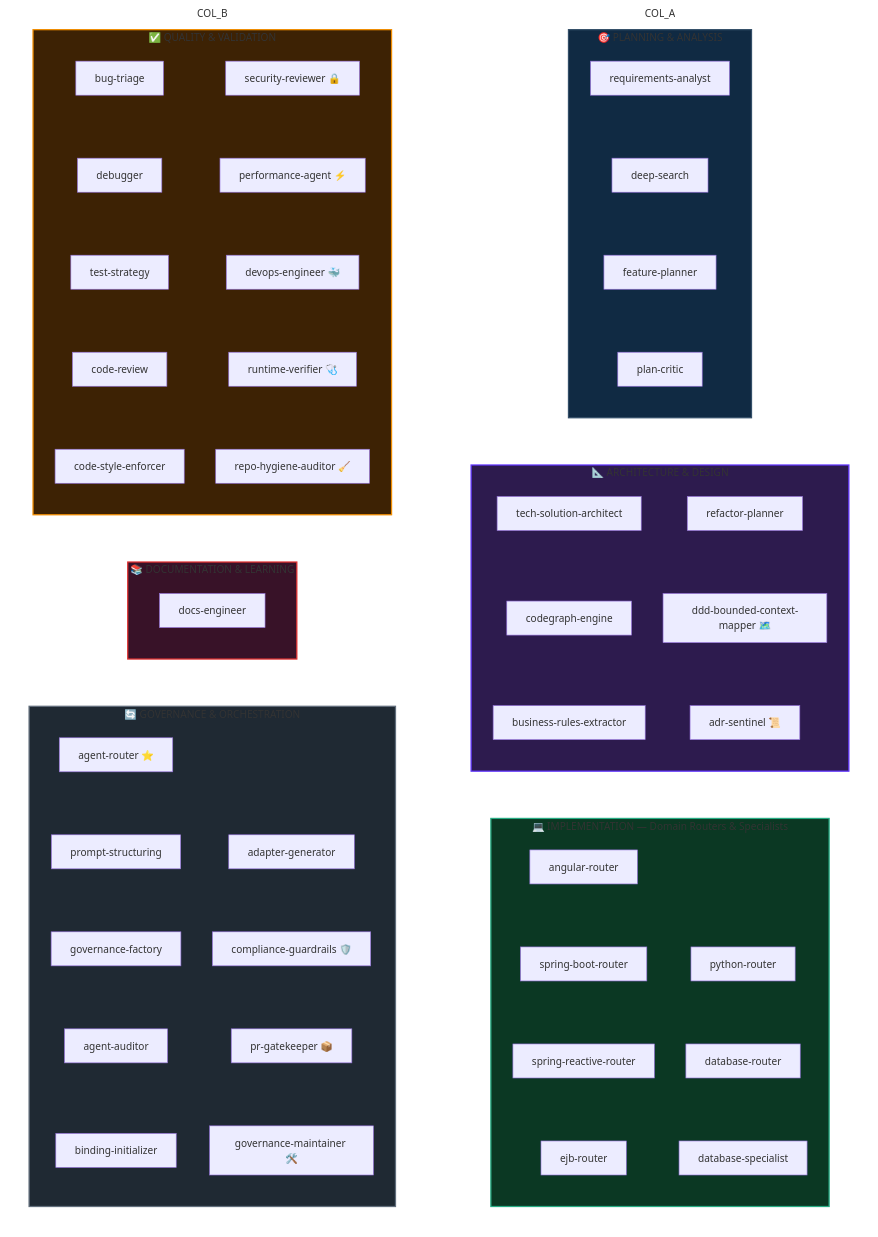
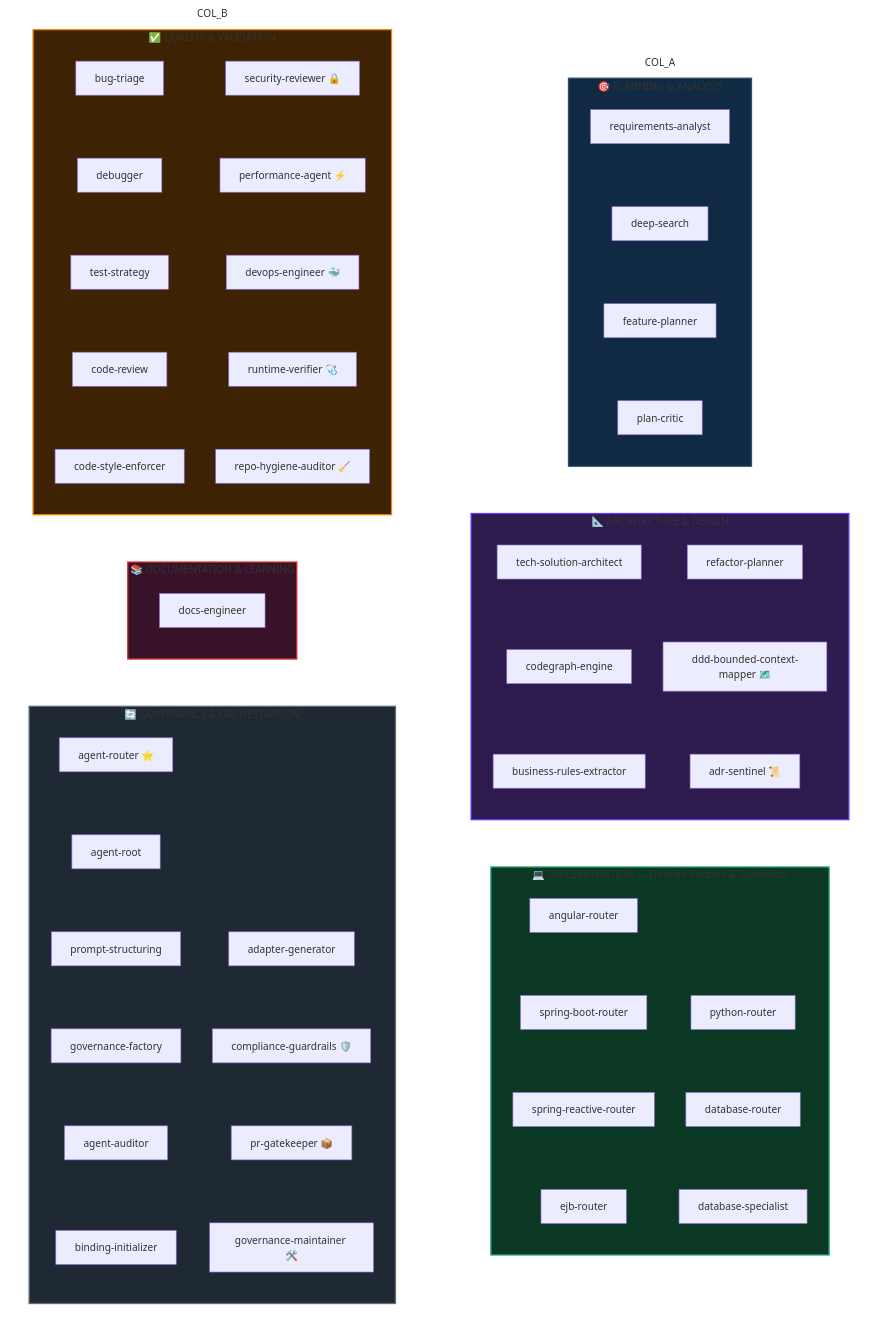
The second of 2 diagrams in README.md (jezreel8858/deep-agents-copilot), drawn with Mermaid before and after one commit. The commit also changed other lines of this file and 36 other files, not shown here.

````diff
--- a/README.md
+++ b/README.md
@@ -261,56 +261,56 @@
 ```mermaid
 flowchart TB
     subgraph COL_A
         direction TB
         subgraph CAT1["🎯 PLANNING &amp; ANALYSIS"]
             direction TB
             A1[requirements-analyst] ~~~ A2[deep-search] ~~~ A3[feature-planner] ~~~ A4[plan-critic]
         end
 
         subgraph CAT2["📐 ARCHITECTURE &amp; DESIGN"]
             direction TB
             B1[tech-solution-architect] ~~~ B2[codegraph-engine] ~~~ B3[business-rules-extractor]
             B4[refactor-planner] ~~~ B5["ddd-bounded-context-mapper 🗺️"] ~~~ B6["adr-sentinel 📜"]
         end
 
         subgraph CAT3["💻 IMPLEMENTATION — Domain Routers &amp; Specialists"]
             direction TB
             C1[angular-router] ~~~ C2[spring-boot-router] ~~~ C3[spring-reactive-router] ~~~ C4[ejb-router]
             C5[python-router] ~~~ C6[database-router] ~~~ C7[database-specialist]
         end
 
         CAT1 ~~~ CAT2 ~~~ CAT3
     end
 
     subgraph COL_B
         direction TB
         subgraph CAT4["✅ QUALITY &amp; VALIDATION"]
             direction TB
             D1[bug-triage] ~~~ D2[debugger] ~~~ D3[test-strategy] ~~~ D4[code-review] ~~~ D5[code-style-enforcer]
             D6["security-reviewer 🔒"] ~~~ D7["performance-agent ⚡"] ~~~ D8["devops-engineer 🐳"] ~~~ D9["runtime-verifier 🩺"] ~~~ D10["repo-hygiene-auditor 🧹"]
         end
 
         subgraph CAT5["📚 DOCUMENTATION &amp; LEARNING"]
             direction TB
             E1[docs-engineer]
         end
 
         subgraph CAT6["🔄 GOVERNANCE &amp; ORCHESTRATION"]
             direction TB
-            F1["agent-router ⭐"] ~~~ F2[prompt-structuring] ~~~ F3[governance-factory] ~~~ F4[agent-auditor] ~~~ F5[binding-initializer]
+            F1["agent-router ⭐"] ~~~ F1a["agent-root"] ~~~ F2[prompt-structuring] ~~~ F3[governance-factory] ~~~ F4[agent-auditor] ~~~ F5[binding-initializer]
             F6[adapter-generator] ~~~ F8["compliance-guardrails 🛡️"] ~~~ F9["pr-gatekeeper 📦"] ~~~ F10["governance-maintainer 🛠️"]
         end
 
         CAT4 ~~~ CAT5 ~~~ CAT6
     end
 
     style COL_A fill:none,stroke:none
     style COL_B fill:none,stroke:none
 
     style CAT1 fill:#102a43,stroke:#334e68,stroke-width:2px
     style CAT2 fill:#2d1b4e,stroke:#6236ff,stroke-width:2px
     style CAT3 fill:#0b3823,stroke:#27ab83,stroke-width:2px
     style CAT4 fill:#3d2204,stroke:#f08c00,stroke-width:2px
     style CAT5 fill:#381228,stroke:#e03131,stroke-width:2px
     style CAT6 fill:#1f2933,stroke:#616e7c,stroke-width:2px
 ```
````
